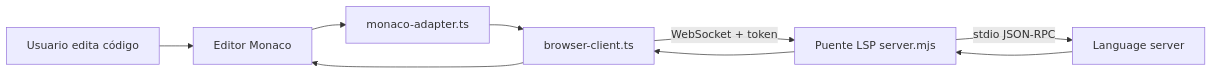
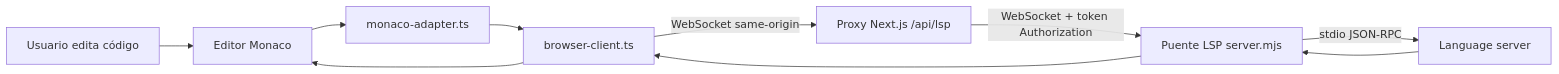
Before and after one commit to OnlineJudgeBo/patito-ide-lsp-server: the first of 2 diagrams in README.es.md, drawn with Mermaid. The commit also changed other lines of this file and 5 other files, not shown here.

````diff
--- a/README.es.md
+++ b/README.es.md
@@ -25,11 +25,12 @@
 ```mermaid
 flowchart LR
   User[Usuario edita código] --> Monaco[Editor Monaco]
   Monaco --> Adapter[monaco-adapter.ts]
   Adapter --> Client[browser-client.ts]
-  Client -->|WebSocket + token| Bridge[Puente LSP server.mjs]
+  Client -->|WebSocket same-origin| Proxy[Proxy Next.js /api/lsp]
+  Proxy -->|WebSocket + token Authorization| Bridge[Puente LSP server.mjs]
   Bridge -->|stdio JSON-RPC| Server[Language server]
   Server --> Bridge
   Bridge --> Client
   Client --> Monaco
 ```
````
